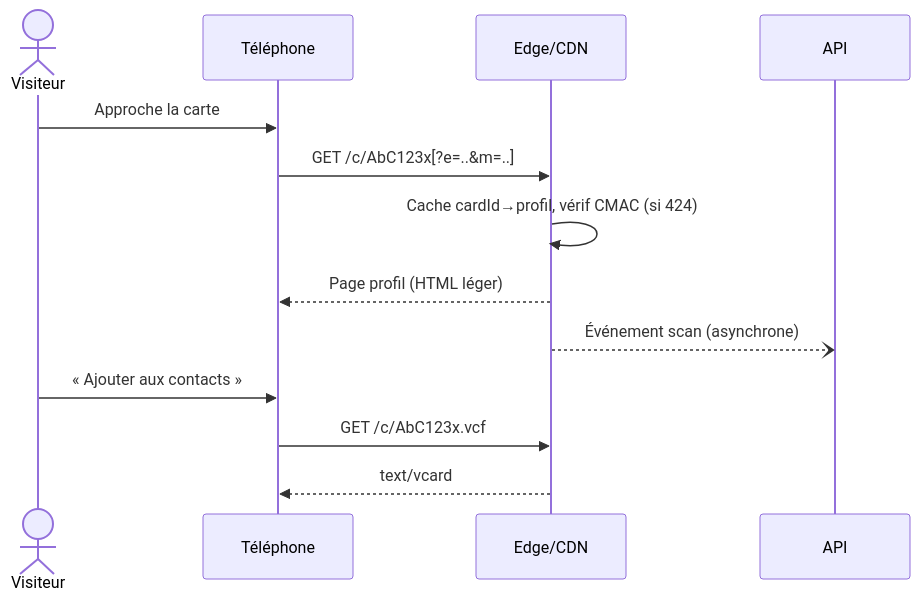
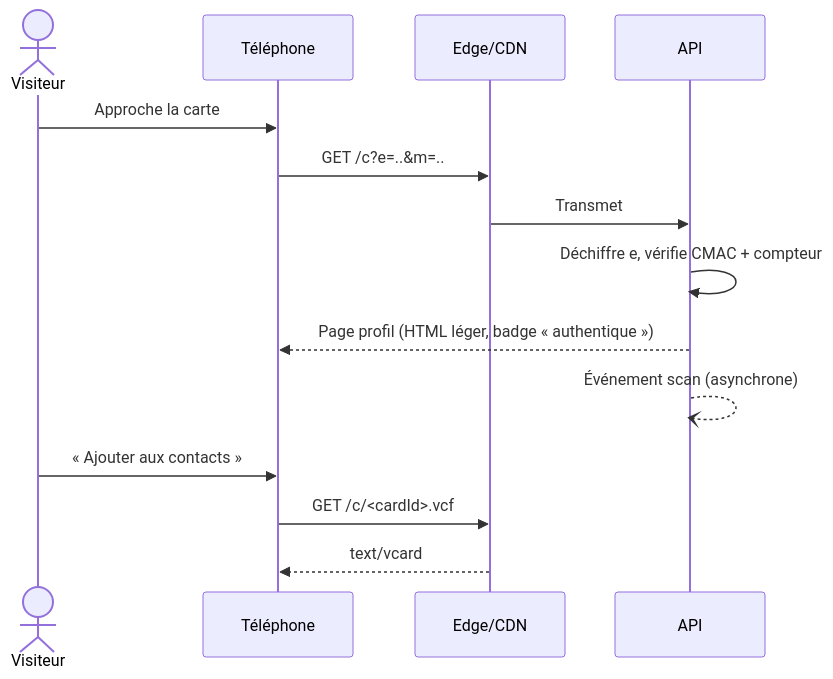
Before and after one commit to nico83200/Claude-public: the fifth of 5 diagrams in docs/architecture-carte-visite-nfc.md, drawn with Mermaid. The commit also changed other lines of this file and 3 other files, not shown here.

````diff
--- a/docs/architecture-carte-visite-nfc.md
+++ b/docs/architecture-carte-visite-nfc.md
@@ -274,15 +283,16 @@
 ```mermaid
 sequenceDiagram
     actor V as Visiteur
     participant T as Téléphone
     participant E as Edge/CDN
     participant A as API
     V->>T: Approche la carte
-    T->>E: GET /c/AbC123x[?e=..&m=..]
-    E->>E: Cache cardId→profil, vérif CMAC (si 424)
-    E-->>T: Page profil (HTML léger)
-    E--)A: Événement scan (asynchrone)
+    T->>E: GET /c?e=..&m=..
+    E->>A: Transmet
+    A->>A: Déchiffre e, vérifie CMAC + compteur
+    A-->>T: Page profil (HTML léger, badge « authentique »)
+    A--)A: Événement scan (asynchrone)
     V->>T: « Ajouter aux contacts »
-    T->>E: GET /c/AbC123x.vcf
+    T->>E: GET /c/<cardId>.vcf
     E-->>T: text/vcard
 ```
````
